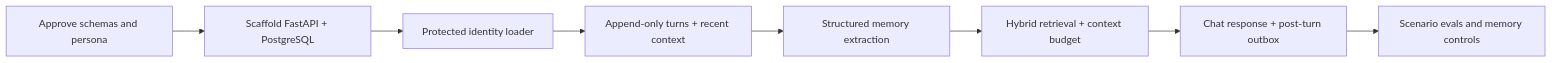
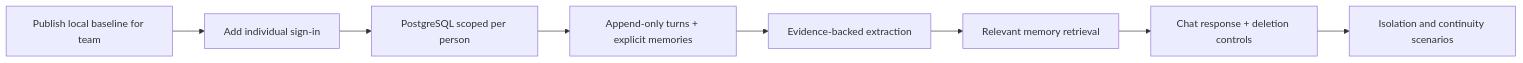
One commit to naxgotomakeit/oc_agent_test changed the diagram in suggested_next_steps.md. Above: the diagram before and after it, drawn with Mermaid. The commit also changed other lines of this file and 13 other files, not shown here.

Commit message:
Add team chat web baseline

````diff
--- a/suggested_next_steps.md
+++ b/suggested_next_steps.md
@@ -8,10 +17,10 @@
 ```mermaid
 flowchart LR
-    A[Approve schemas and persona] --> B[Scaffold FastAPI + PostgreSQL]
-    B --> C[Protected identity loader]
-    C --> D[Append-only turns + recent context]
-    D --> E[Structured memory extraction]
-    E --> F[Hybrid retrieval + context budget]
-    F --> G[Chat response + post-turn outbox]
-    G --> H[Scenario evals and memory controls]
+    A[Publish local baseline for team] --> B[Add individual sign-in]
+    B --> C[PostgreSQL scoped per person]
+    C --> D[Append-only turns + explicit memories]
+    D --> E[Evidence-backed extraction]
+    E --> F[Relevant memory retrieval]
+    F --> G[Chat response + deletion controls]
+    G --> H[Isolation and continuity scenarios]
 ```
````
